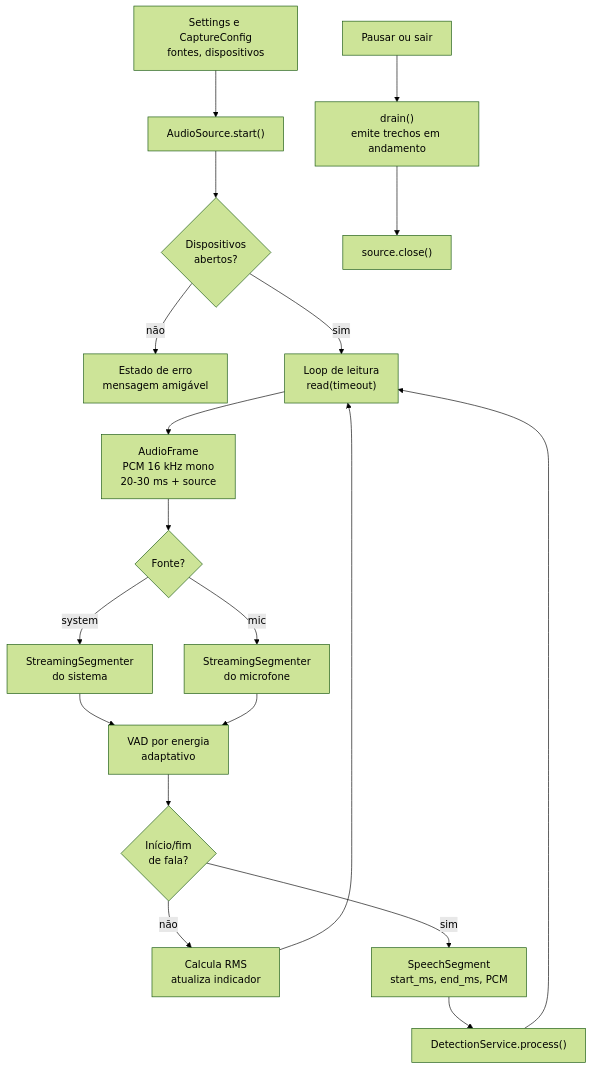
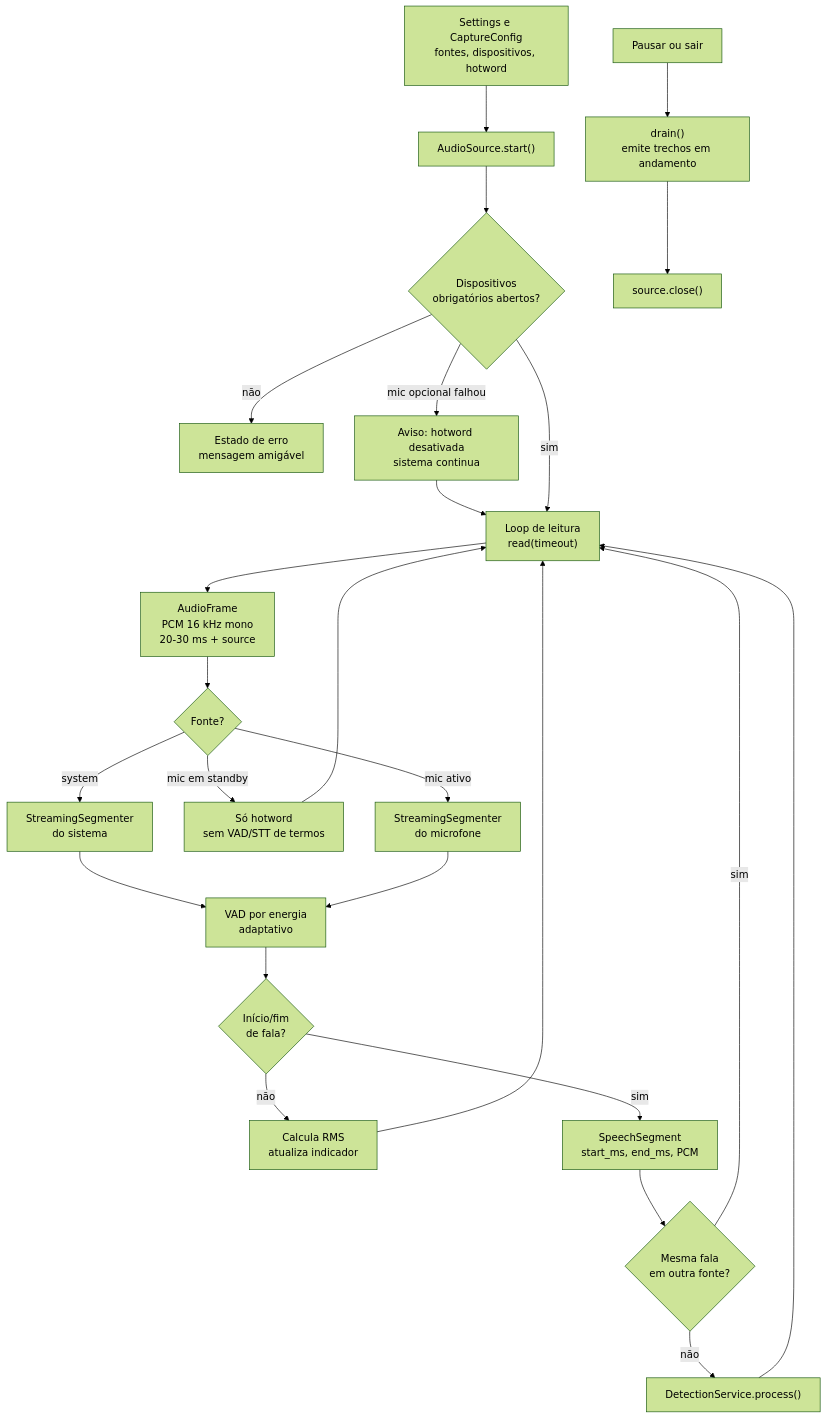
One commit to cavalcanteprofissional/sopro changed the diagram in docs/roadmap/03-captura-de-audio.md. Above: the diagram before and after it, drawn with Mermaid (forest theme). The commit also changed other lines of this file and 49 other files, not shown here.

First line of the commit message:
feat: conclui captura por fontes e lacunas P1

````diff
--- a/docs/roadmap/03-captura-de-audio.md
+++ b/docs/roadmap/03-captura-de-audio.md
@@ -11,21 +11,40 @@
 ```mermaid
 flowchart TD
-    CFG["Settings e CaptureConfig\nfontes, dispositivos"] --> OPEN["AudioSource.start()"]
-    OPEN --> OK{"Dispositivos\nabertos?"}
-    OK -->|não| ERR["Estado de erro\nmensagem amigável"]
-    OK -->|sim| LOOP["Loop de leitura\nread(timeout)"]
-    LOOP --> FRAME["AudioFrame\nPCM 16 kHz mono\n20-30 ms + source"]
+    CFG["Settings e CaptureConfig
+fontes, dispositivos, hotword"] --> OPEN["AudioSource.start()"]
+    OPEN --> OK{"Dispositivos
+obrigatórios abertos?"}
+    OK -->|não| ERR["Estado de erro
+mensagem amigável"]
+    OK -->|mic opcional falhou| WARN["Aviso: hotword desativada
+sistema continua"] --> LOOP
+    OK -->|sim| LOOP["Loop de leitura
+read(timeout)"]
+    LOOP --> FRAME["AudioFrame
+PCM 16 kHz mono
+20-30 ms + source"]
     FRAME --> LABEL{"Fonte?"}
-    LABEL -->|system| SEG_S["StreamingSegmenter\ndo sistema"]
-    LABEL -->|mic| SEG_M["StreamingSegmenter\ndo microfone"]
-    SEG_S --> VAD["VAD por energia\nadaptativo"]
+    LABEL -->|system| SEG_S["StreamingSegmenter
+do sistema"]
+    LABEL -->|mic em standby| HOT["Só hotword
+sem VAD/STT de termos"] --> LOOP
+    LABEL -->|mic ativo| SEG_M["StreamingSegmenter
+do microfone"]
+    SEG_S --> VAD["VAD por energia
+adaptativo"]
     SEG_M --> VAD
-    VAD --> SPEECH{"Início/fim\nde fala?"}
-    SPEECH -->|não| LEVEL["Calcula RMS\natualiza indicador"]
-    SPEECH -->|sim| SEG["SpeechSegment\nstart_ms, end_ms, PCM"]
-    SEG --> DETECT["DetectionService.process()"]
-    LEVEL --> LOOP
+    VAD --> SPEECH{"Início/fim
+de fala?"}
+    SPEECH -->|não| LEVEL["Calcula RMS
+atualiza indicador"] --> LOOP
+    SPEECH -->|sim| SEG["SpeechSegment
+start_ms, end_ms, PCM"]
+    SEG --> DEDUP{"Mesma fala
+em outra fonte?"}
+    DEDUP -->|sim| LOOP
+    DEDUP -->|não| DETECT["DetectionService.process()"]
     DETECT --> LOOP
-    STOP["Pausar ou sair"] --> DRAIN["drain()\nemite trechos em andamento"]
+    STOP["Pausar ou sair"] --> DRAIN["drain()
+emite trechos em andamento"]
     DRAIN --> CLOSE["source.close()"]
 ```
````
